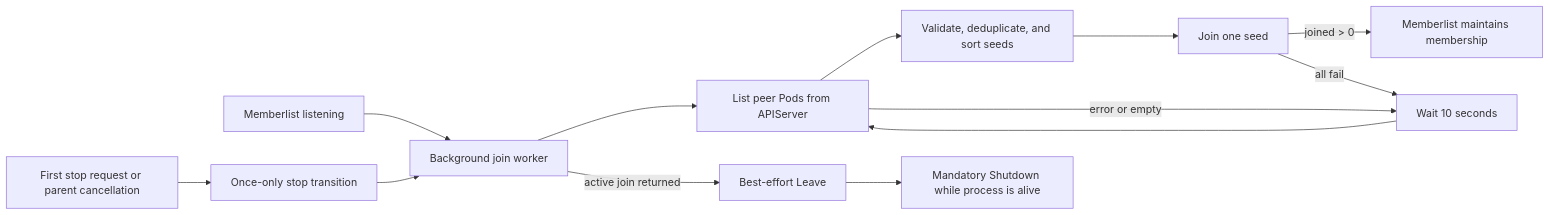
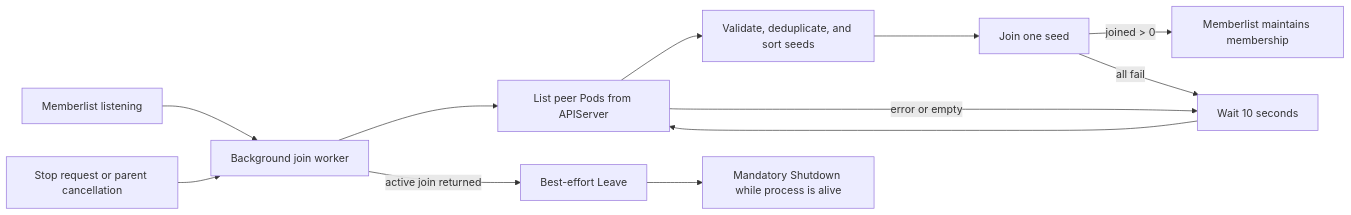
One commit to AiRanthem/agents changed the second of 2 diagrams in docs/proposals/20260824-sandbox-manager-network-interface-peer-discovery.md. Above: the diagram before and after it, drawn with Mermaid. The commit also changed other lines of this file and 13 other files, not shown here.

````diff
--- a/docs/proposals/20260824-sandbox-manager-network-interface-peer-discovery.md
+++ b/docs/proposals/20260824-sandbox-manager-network-interface-peer-discovery.md
@@ -186,15 +213,14 @@
 ```mermaid
 flowchart LR
     Listener[Memberlist listening] --> Worker[Background join worker]
     Worker --> List[List peer Pods from APIServer]
     List --> Seeds[Validate, deduplicate, and sort seeds]
     Seeds --> Join[Join one seed]
     Join -->|joined > 0| Done[Memberlist maintains membership]
     Join -->|all fail| Wait[Wait 10 seconds]
     List -->|error or empty| Wait
     Wait --> List
-    Stop[First stop request or parent cancellation] --> Once[Once-only stop transition]
-    Once --> Worker
+    Stop[Stop request or parent cancellation] --> Worker
     Worker -->|active join returned| Leave[Best-effort Leave]
     Leave --> Shutdown[Mandatory Shutdown while process is alive]
 ```
````
